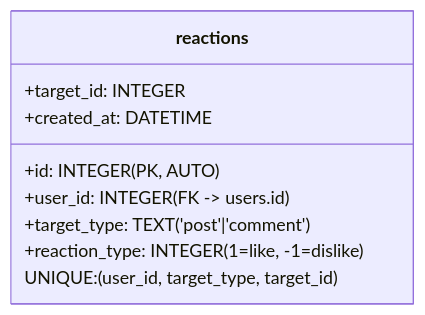
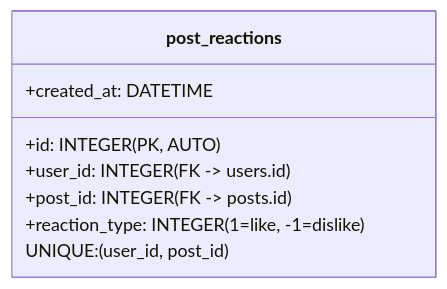
One commit to ertval/forum changed the eighth of 9 diagrams in internal/database/data.md. Above: the diagram before and after it, drawn with Mermaid. The commit also changed other lines of this file and 1 other file, not shown here.

Commit message:
feat: Separate reactions into distinct tables for posts and comments to improve database structure

````diff
--- a/internal/database/data.md
+++ b/internal/database/data.md
@@ -117,12 +120,11 @@
 ```mermaid
 classDiagram
-    class reactions {
+    class post_reactions {
         +id: INTEGER (PK, AUTO)
         +user_id: INTEGER (FK -> users.id)
-        +target_type: TEXT ('post'|'comment')
-        +target_id: INTEGER
+        +post_id: INTEGER (FK -> posts.id)
         +reaction_type: INTEGER (1=like, -1=dislike)
         +created_at: DATETIME
-        UNIQUE: (user_id, target_type, target_id)
+        UNIQUE: (user_id, post_id)
     }
 ```
````
